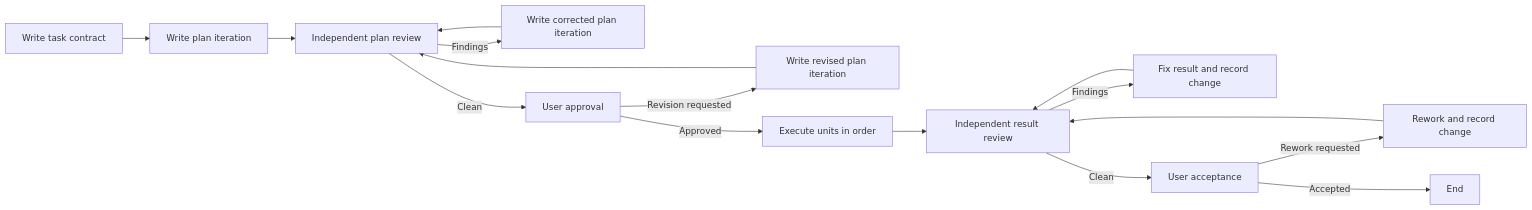
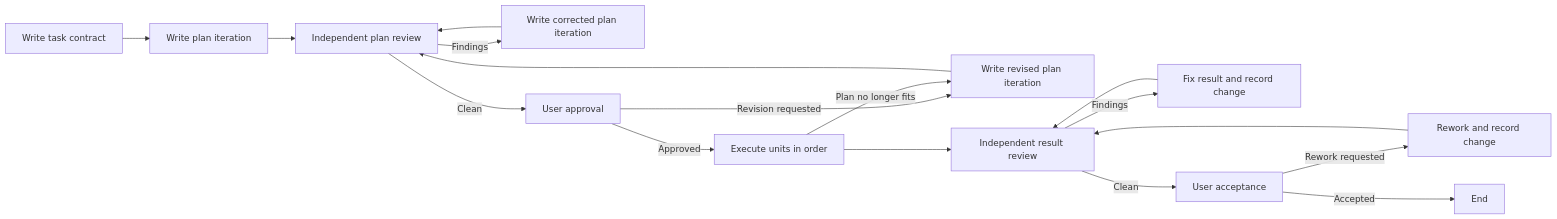
Before and after one commit to moira-mcp/moira: the diagram in packages/docs/src/content/docs/docs/reference/workflows/quick-task.mdx, drawn with Mermaid. The commit also changed other lines of this file and 30 other files, not shown here.

First line of the commit message:
docs(public): bring the pattern section up to the flows it documents (EN + RU)

````diff
--- a/packages/docs/src/content/docs/docs/reference/workflows/quick-task.mdx
+++ b/packages/docs/src/content/docs/docs/reference/workflows/quick-task.mdx
@@ -22,18 +22,19 @@
 ```mermaid
 flowchart LR
     A[Write task contract] --> B[Write plan iteration]
     B --> C[Independent plan review]
     C -->|Findings| D[Write corrected plan iteration]
     D --> C
     C -->|Clean| E[User approval]
     E -->|Revision requested| F[Write revised plan iteration]
     F --> C
     E -->|Approved| G[Execute units in order]
+    G -->|Plan no longer fits| F
     G --> H[Independent result review]
     H -->|Findings| I[Fix result and record change]
     I --> H
     H -->|Clean| J[User acceptance]
     J -->|Rework requested| K[Rework and record change]
     K --> H
     J -->|Accepted| L[End]
 ```
````
